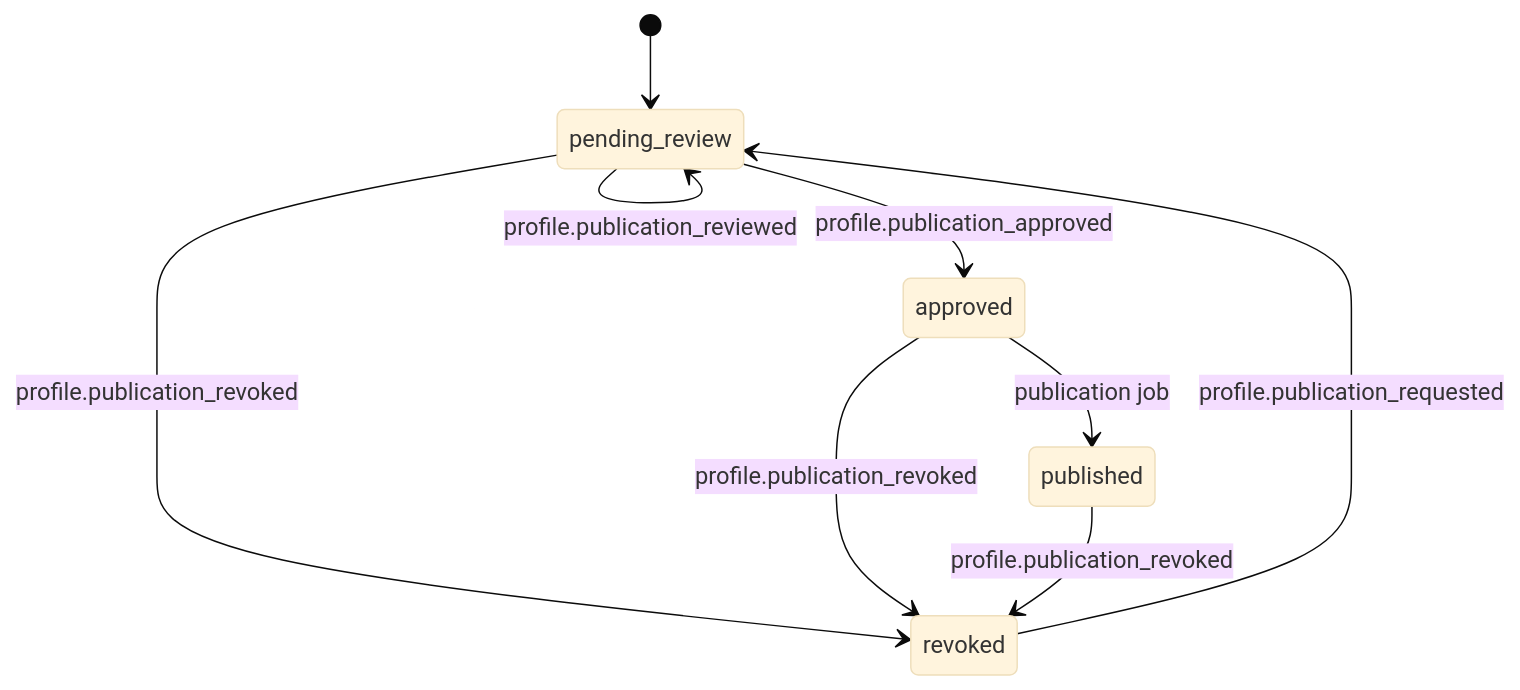
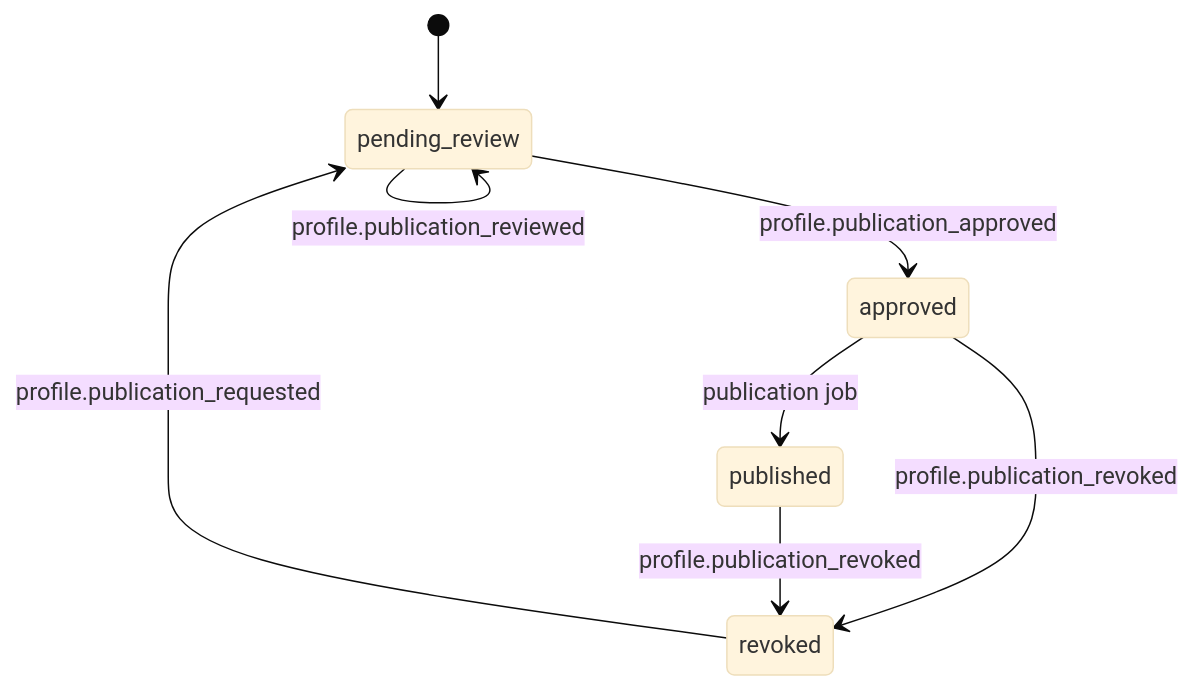
Before and after one commit to ErinConradMountain/IWFSA-Platform-V2: the diagram in docs/governance/public-content-policy.md, drawn with Mermaid (base theme). The commit also changed other lines of this file and 23 other files, not shown here.

````diff
--- a/docs/governance/public-content-policy.md
+++ b/docs/governance/public-content-policy.md
@@ -45,11 +57,10 @@
 ```mermaid
 stateDiagram-v2
   [*] --> pending_review
   pending_review --> pending_review: profile.publication_reviewed
   pending_review --> approved: profile.publication_approved
   approved --> published: publication job
-  pending_review --> revoked: profile.publication_revoked
   approved --> revoked: profile.publication_revoked
   published --> revoked: profile.publication_revoked
   revoked --> pending_review: profile.publication_requested
 ```
````
